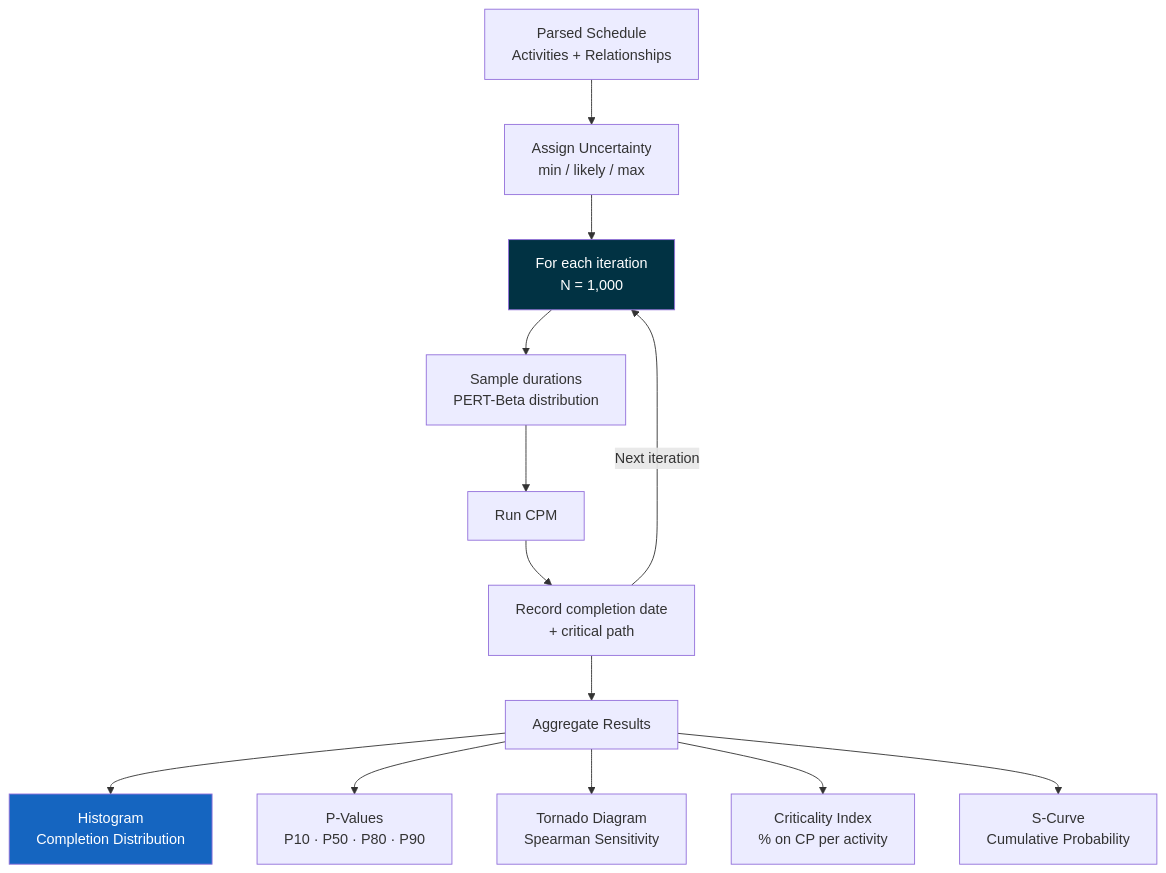
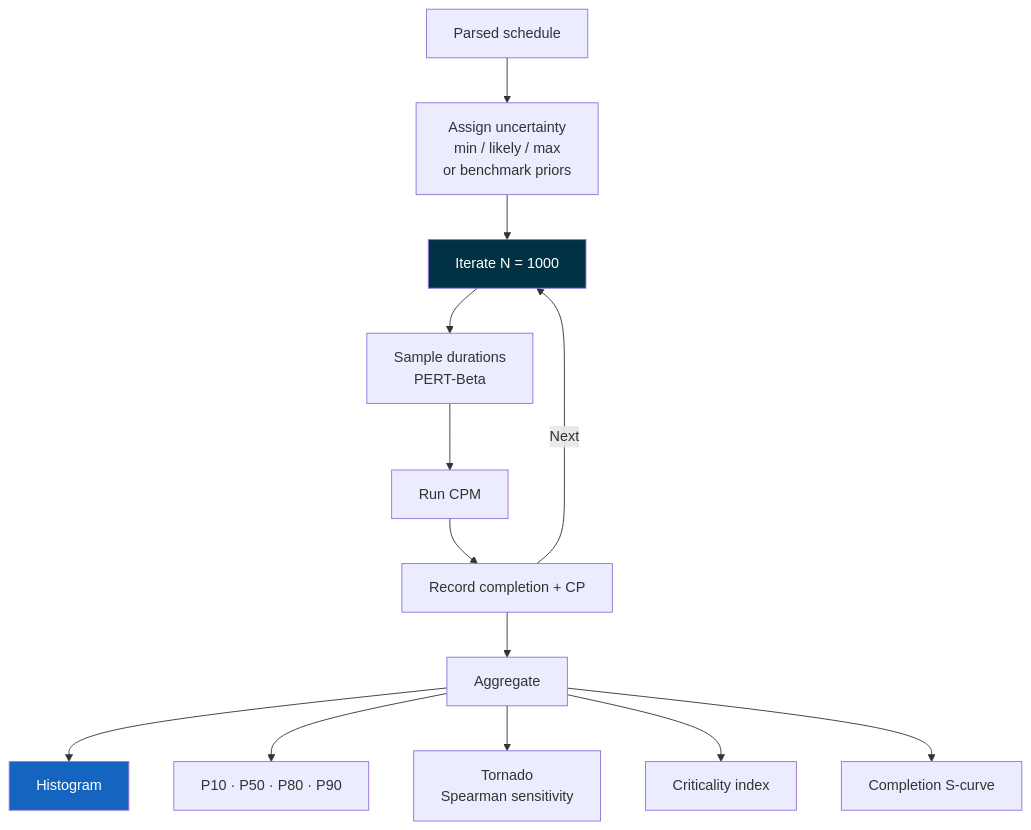
One commit to VitorMRodovalho/meridianiq changed the sixth of 8 diagrams in docs/architecture.md. Above: the diagram before and after it, drawn with Mermaid. The commit also changed other lines of this file, not shown here.

First line of the commit message:
docs: refresh architecture.md for v3.6.0 state

````diff
--- a/docs/architecture.md
+++ b/docs/architecture.md
@@ -214,22 +230,19 @@
 ```mermaid
 flowchart TD
-    SCHED[Parsed Schedule<br/>Activities + Relationships] --> ASSIGN[Assign Uncertainty<br/>min / likely / max]
+    SCHED[Parsed schedule] --> ASSIGN[Assign uncertainty<br/>min / likely / max<br/>or benchmark priors]
+    ASSIGN --> LOOP[Iterate N = 1000]
+    LOOP --> SAMPLE[Sample durations<br/>PERT-Beta]
+    SAMPLE --> CPM3[Run CPM]
+    CPM3 --> RECORD[Record completion + CP]
+    RECORD -->|Next| LOOP
 
-    ASSIGN --> LOOP[For each iteration<br/>N = 1,000]
-
-    LOOP --> SAMPLE[Sample durations<br/>PERT-Beta distribution]
-    SAMPLE --> CPM3[Run CPM]
-    CPM3 --> RECORD[Record completion date<br/>+ critical path]
-
-    RECORD -->|Next iteration| LOOP
-
-    RECORD --> AGG[Aggregate Results]
-    AGG --> HIST[Histogram<br/>Completion Distribution]
-    AGG --> PVAL[P-Values<br/>P10 · P50 · P80 · P90]
-    AGG --> TORNADO[Tornado Diagram<br/>Spearman Sensitivity]
-    AGG --> CRIT[Criticality Index<br/>% on CP per activity]
-    AGG --> SCURVE[S-Curve<br/>Cumulative Probability]
+    RECORD --> AGG[Aggregate]
+    AGG --> HIST[Histogram]
+    AGG --> PVAL[P10 · P50 · P80 · P90]
+    AGG --> TORNADO[Tornado<br/>Spearman sensitivity]
+    AGG --> CRIT[Criticality index]
+    AGG --> SCURVE[Completion S-curve]
 
     style LOOP fill:#013243,color:#fff
     style HIST fill:#1565C0,color:#fff
 ```
````
